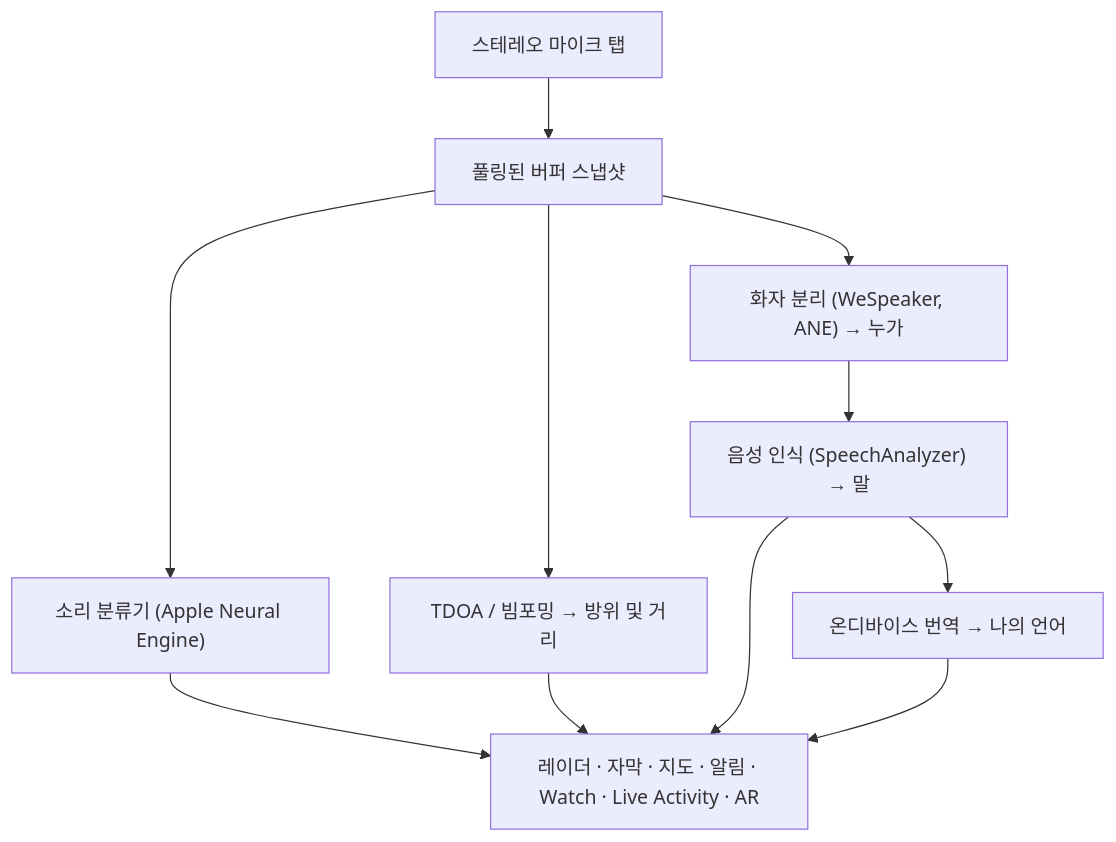
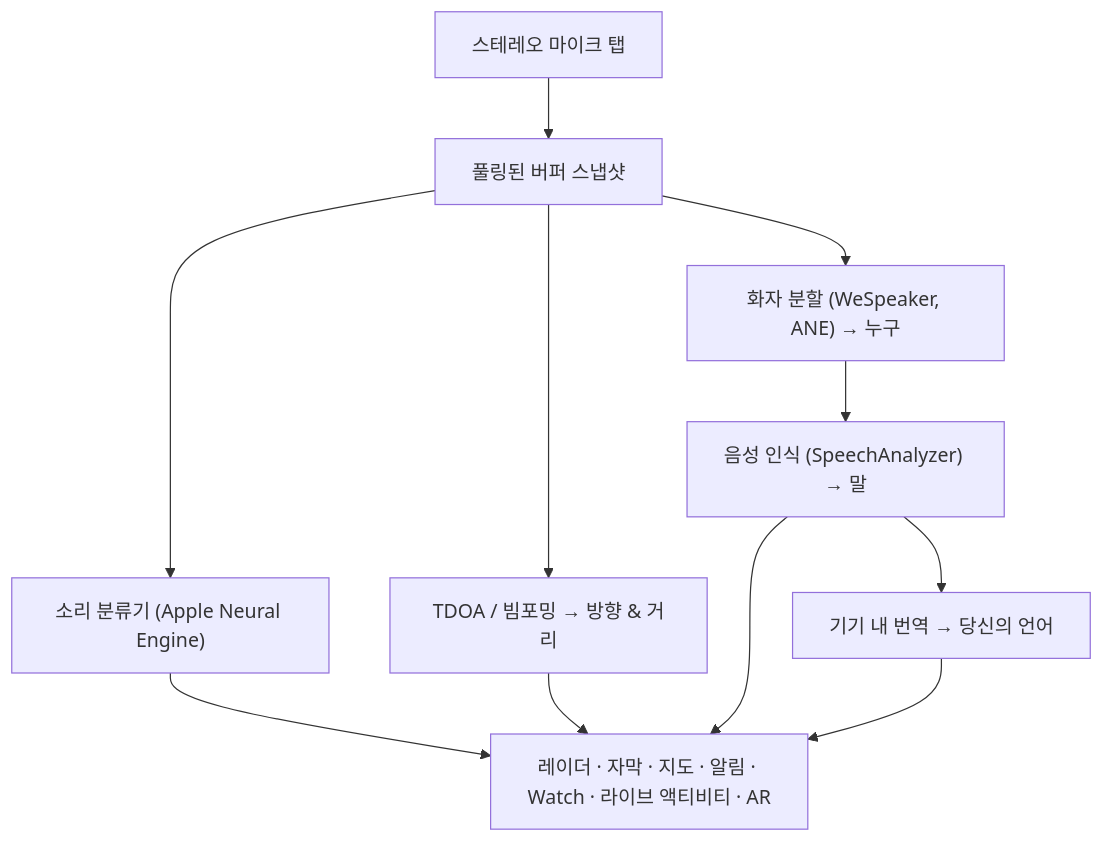
The diagram in README_ko.md (rpalm01-star/VigilantEarLegal), drawn with Mermaid before and after one commit. The commit also changed other lines of this file and 31 other files, not shown here.

````diff
--- a/README_ko.md
+++ b/README_ko.md
@@ -93,10 +93,10 @@
 ```mermaid
 graph TD
     A["스테레오 마이크 탭"] --> B["풀링된 버퍼 스냅샷"]
     B --> C["소리 분류기 (Apple Neural Engine)"]
-    B --> D["TDOA / 빔포밍 → 방위 및 거리"]
-    B --> E["화자 분리 (WeSpeaker, ANE) → 누가"]
+    B --> D["TDOA / 빔포밍 → 방향 & 거리"]
+    B --> E["화자 분할 (WeSpeaker, ANE) → 누구"]
     E --> F["음성 인식 (SpeechAnalyzer) → 말"]
-    F --> G["온디바이스 번역 → 나의 언어"]
-    C & D & F & G --> H["레이더 · 자막 · 지도 · 알림 · Watch · Live Activity · AR"]
+    F --> G["기기 내 번역 → 당신의 언어"]
+    C & D & F & G --> H["레이더 · 자막 · 지도 · 알림 · Watch · 라이브 액티비티 · AR"]
 ```
````
